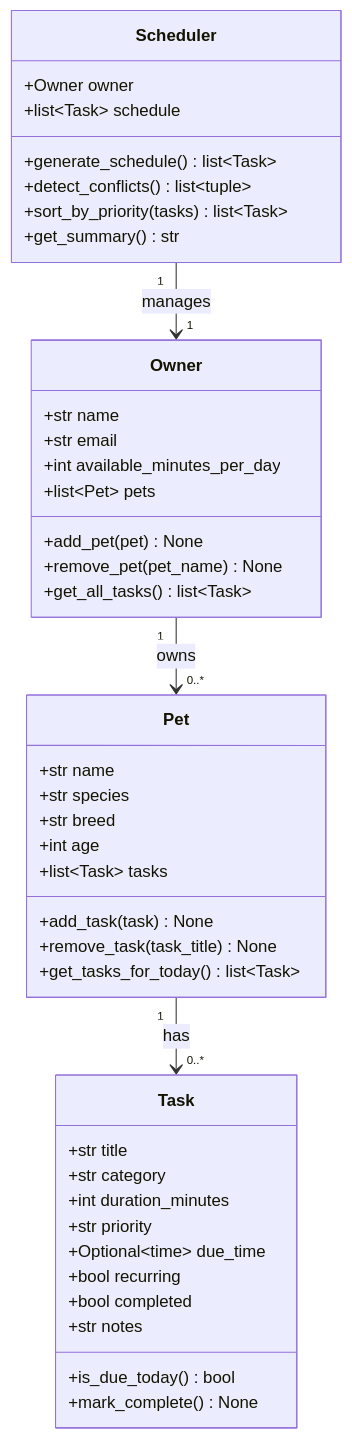
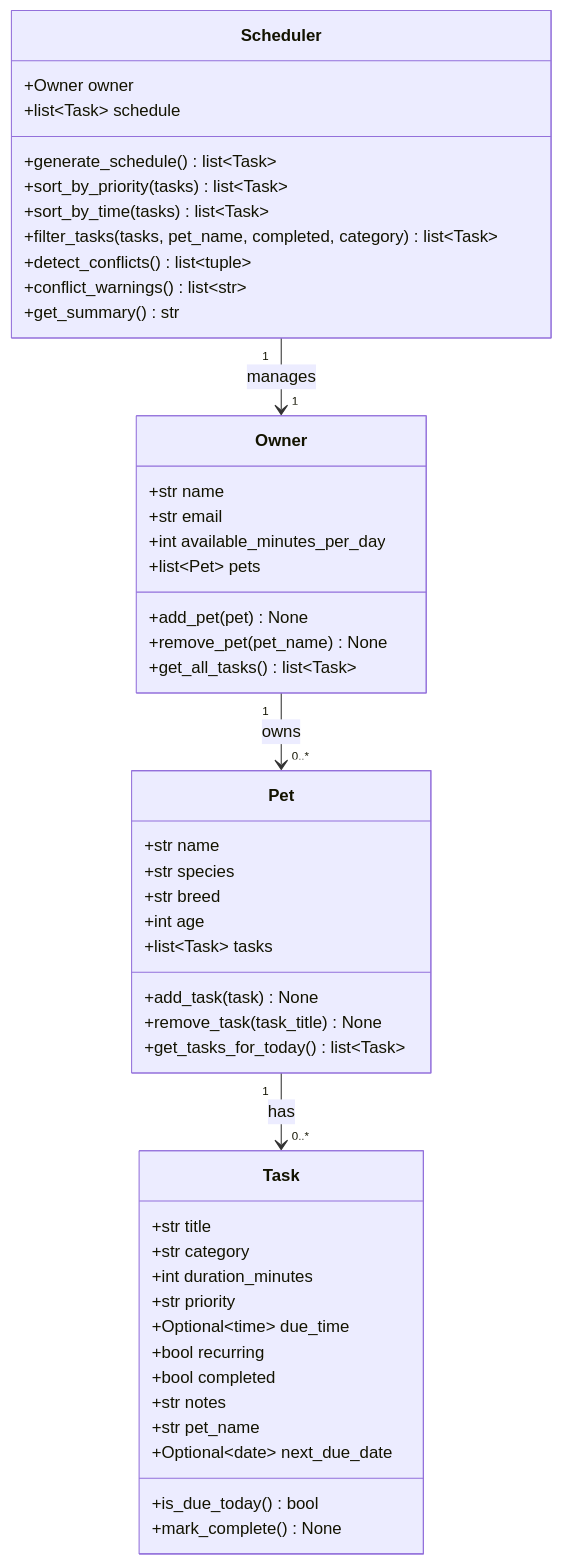
Before and after one commit to AtCloudDiwash/ai110-module2show-pawpal-starter: the diagram in reflection.md, drawn with Mermaid. The commit also changed other lines of this file and 2 other files, not shown here.

First line of the commit message:
feat: Phase 6 — UI polish, final UML, and complete documentation

````diff
--- a/reflection.md
+++ b/reflection.md
@@ -28,49 +28,54 @@
 ```mermaid
 classDiagram
     class Owner {
         +str name
         +str email
         +int available_minutes_per_day
         +list~Pet~ pets
         +add_pet(pet) None
         +remove_pet(pet_name) None
         +get_all_tasks() list~Task~
     }
 
     class Pet {
         +str name
         +str species
         +str breed
         +int age
         +list~Task~ tasks
         +add_task(task) None
         +remove_task(task_title) None
         +get_tasks_for_today() list~Task~
     }
 
     class Task {
         +str title
         +str category
         +int duration_minutes
         +str priority
         +Optional~time~ due_time
         +bool recurring
         +bool completed
         +str notes
+        +str pet_name
+        +Optional~date~ next_due_date
         +is_due_today() bool
         +mark_complete() None
     }
 
     class Scheduler {
         +Owner owner
         +list~Task~ schedule
         +generate_schedule() list~Task~
+        +sort_by_priority(tasks) list~Task~
+        +sort_by_time(tasks) list~Task~
+        +filter_tasks(tasks, pet_name, completed, category) list~Task~
         +detect_conflicts() list~tuple~
-        +sort_by_priority(tasks) list~Task~
+        +conflict_warnings() list~str~
         +get_summary() str
     }
 
     Owner "1" --> "0..*" Pet : owns
     Pet "1" --> "0..*" Task : has
     Scheduler "1" --> "1" Owner : manages
 ```
````
